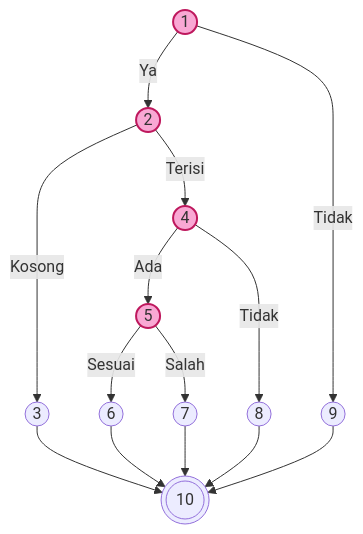
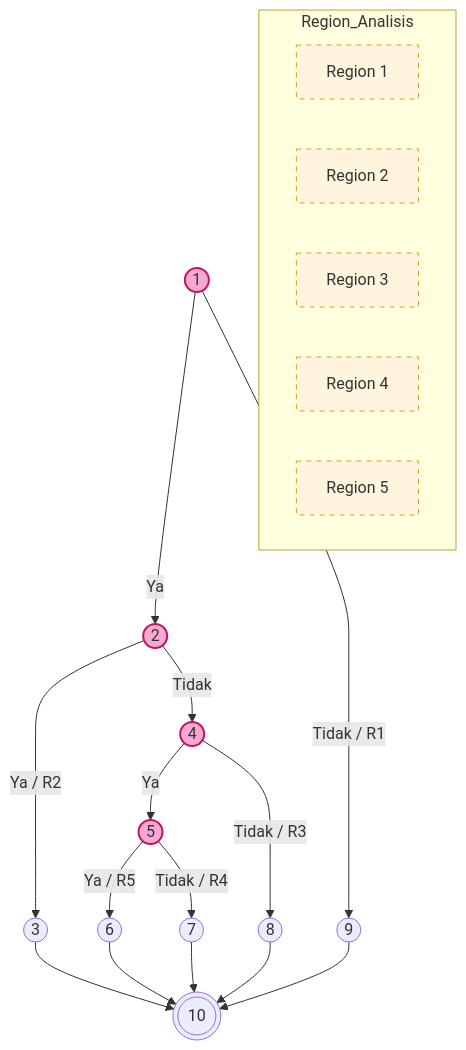
One commit to arbain-dev/Web_fikom changed the second of 6 diagrams in docs/07_PENGUJIAN_WHITE_BOX.md. Above: the diagram before and after it, drawn with Mermaid. The commit also changed other lines of this file, not shown here.

````diff
--- a/docs/07_PENGUJIAN_WHITE_BOX.md
+++ b/docs/07_PENGUJIAN_WHITE_BOX.md
@@ -58,13 +52,24 @@
 ```mermaid
 graph TD
     classDef predicate fill:#f9a8d4,stroke:#be185d,stroke-width:2px;
+    classDef region fill:#fff4dd,stroke:#d4a017,stroke-dasharray: 5 5;
+
     1((1)):::predicate -->|Ya| 2((2)):::predicate
-    1 -->|Tidak| 9((9))
-    2 -->|Kosong| 3((3))
-    2 -->|Terisi| 4((4)):::predicate
-    4 -->|Ada| 5((5)):::predicate
-    4 -->|Tidak| 8((8))
-    5 -->|Sesuai| 6((6))
-    5 -->|Salah| 7((7))
+    1 -->|Tidak / R1| 9((9))
+    2 -->|Ya / R2| 3((3))
+    2 -->|Tidak| 4((4)):::predicate
+    4 -->|Ya| 5((5)):::predicate
+    4 -->|Tidak / R3| 8((8))
+    5 -->|Ya / R5| 6((6))
+    5 -->|Tidak / R4| 7((7))
     3 & 6 & 7 & 8 & 9 --> 10(((10)))
+
+    %% Penandaan Region
+    subgraph Region_Analisis
+        R1[Region 1]:::region
+        R2[Region 2]:::region
+        R3[Region 3]:::region
+        R4[Region 4]:::region
+        R5[Region 5]:::region
+    end
 ```
````
